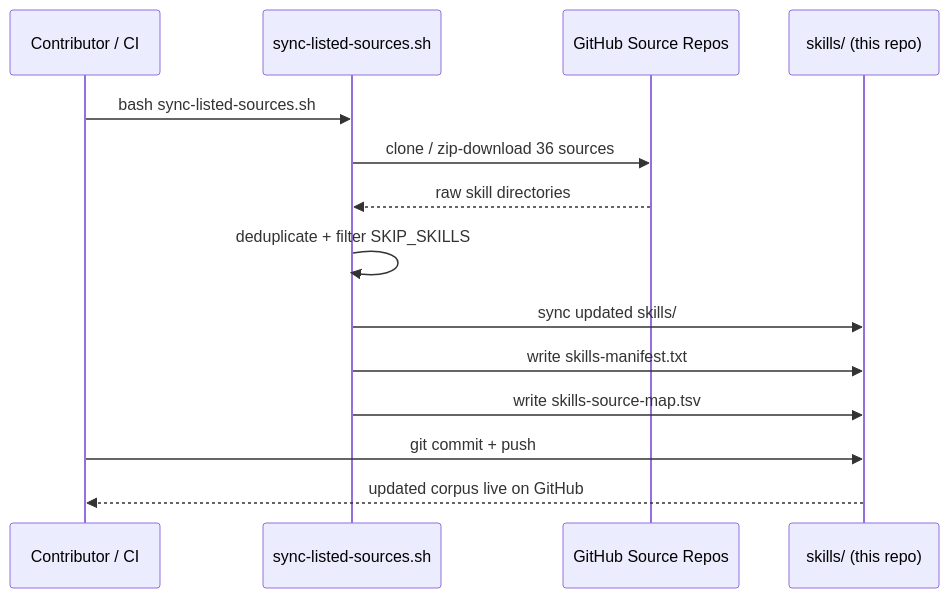
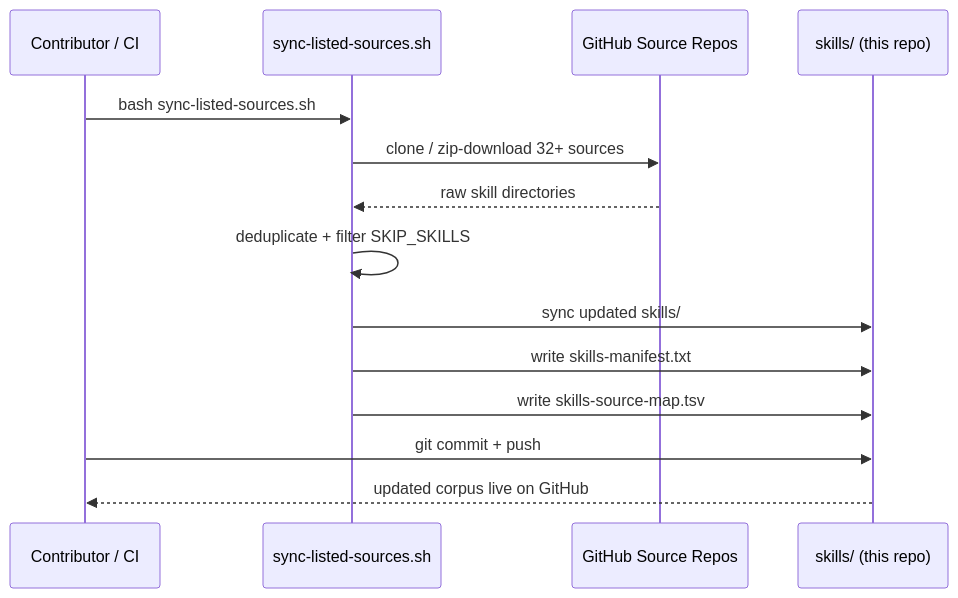
One commit to KunanonJ/claude-skills-hub changed the fourth of 4 diagrams in README.md. Above: the diagram before and after it, drawn with Mermaid. The commit also changed other lines of this file, not shown here.

````diff
--- a/README.md
+++ b/README.md
@@ -256,17 +265,17 @@
 ```mermaid
 sequenceDiagram
     participant C as Contributor / CI
     participant S as sync-listed-sources.sh
     participant G as GitHub Source Repos
     participant R as skills/ (this repo)
 
     C->>S: bash sync-listed-sources.sh
-    S->>G: clone / zip-download 36 sources
+    S->>G: clone / zip-download 32+ sources
     G-->>S: raw skill directories
     S->>S: deduplicate + filter SKIP_SKILLS
     S->>R: sync updated skills/
     S->>R: write skills-manifest.txt
     S->>R: write skills-source-map.tsv
     C->>R: git commit + push
     R-->>C: updated corpus live on GitHub
 ```
````
